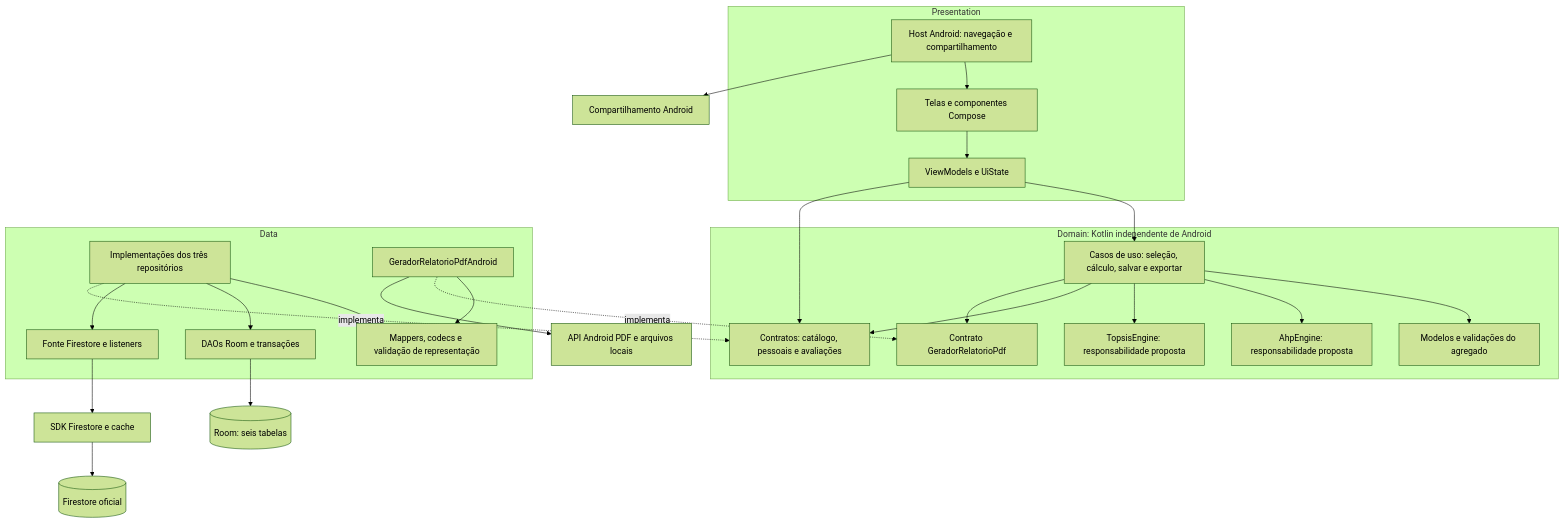
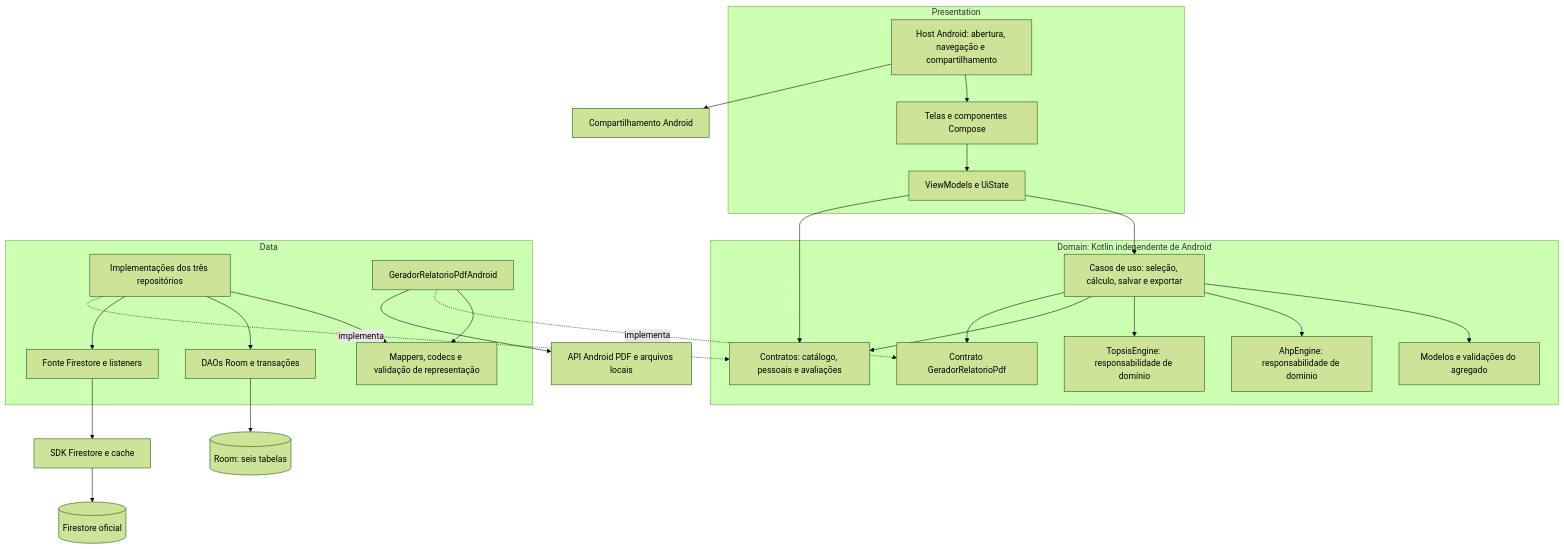
The diagram in docs/arquitetura/arquitetura.md (samuel-0v/pdm-ahp-topsis), drawn with Mermaid (forest theme) before and after one commit. The commit also changed other lines of this file and 23 other files, not shown here.

````diff
--- a/docs/arquitetura/arquitetura.md
+++ b/docs/arquitetura/arquitetura.md
@@ -48,43 +58,43 @@
 ```mermaid
 flowchart TB
     subgraph P[Presentation]
         UI["Telas e componentes Compose"]
         VM["ViewModels e UiState"]
-        HOST["Host Android: navegação e compartilhamento"]
+        HOST["Host Android: abertura, navegação e compartilhamento"]
         UI --> VM
         HOST --> UI
     end
     subgraph D[Domain: Kotlin independente de Android]
         UC["Casos de uso: seleção, cálculo, salvar e exportar"]
         RULES["Modelos e validações do agregado"]
-        AHP["AhpEngine: responsabilidade proposta"]
-        TOP["TopsisEngine: responsabilidade proposta"]
+        AHP["AhpEngine: responsabilidade de domínio"]
+        TOP["TopsisEngine: responsabilidade de domínio"]
         REPO["Contratos: catálogo, pessoais e avaliações"]
         PDFPORT["Contrato GeradorRelatorioPdf"]
         UC --> RULES
         UC --> AHP
         UC --> TOP
         UC --> REPO
         UC --> PDFPORT
     end
     subgraph DATA[Data]
         IMPL["Implementações dos três repositórios"]
         MAP["Mappers, codecs e validação de representação"]
         DAO["DAOs Room e transações"]
         REM["Fonte Firestore e listeners"]
         PDF["GeradorRelatorioPdfAndroid"]
         IMPL --> MAP
         IMPL --> DAO
         IMPL --> REM
         PDF --> MAP
     end
     VM --> UC
     VM --> REPO
     IMPL -. implementa .-> REPO
     PDF -. implementa .-> PDFPORT
     DAO --> ROOM[(Room: seis tabelas)]
     REM --> SDK["SDK Firestore e cache"]
     SDK --> FS[(Firestore oficial)]
     PDF --> API["API Android PDF e arquivos locais"]
     HOST --> SHARE["Compartilhamento Android"]
 ```
````
